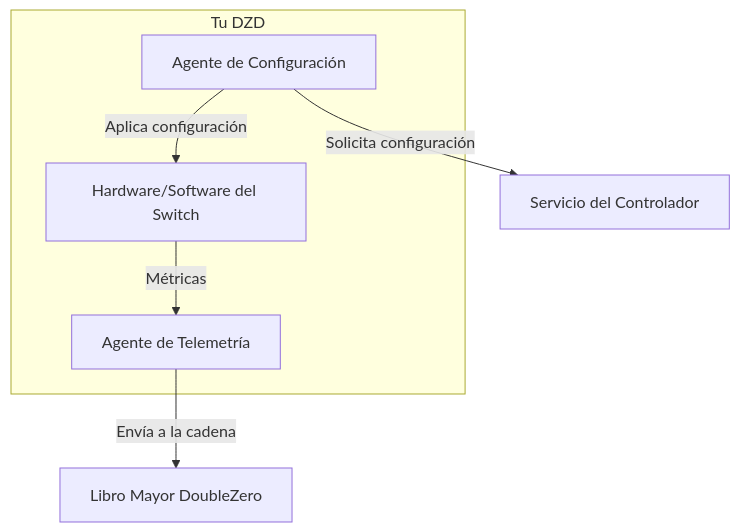
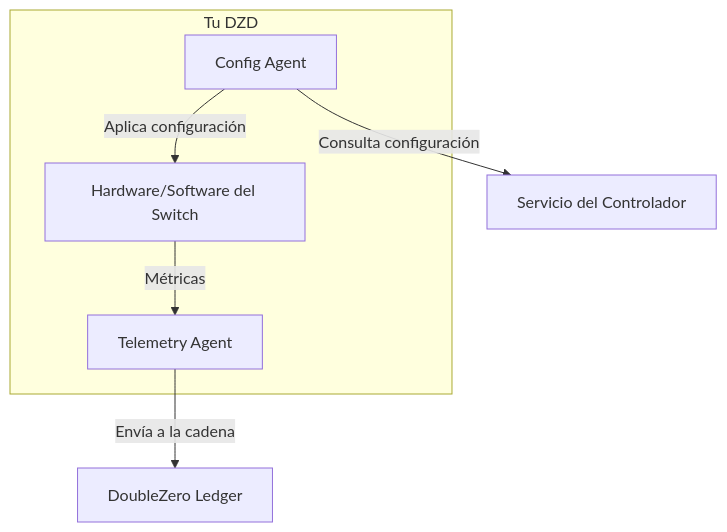
Diagram 12 of 13 in docs/contribute-provisioning.es.md (malbeclabs/docs), drawn with Mermaid before and after one commit. The commit also changed other lines of this file and 130 other files, not shown here.

````diff
--- a/docs/contribute-provisioning.es.md
+++ b/docs/contribute-provisioning.es.md
@@ -766,14 +766,14 @@
 ```mermaid
 flowchart TB
     subgraph "Tu DZD"
-        CA[Agente de Configuración]
-        TA[Agente de Telemetría]
+        CA[Config Agent]
+        TA[Telemetry Agent]
         HW[Hardware/Software del Switch]
     end
 
-    CA -->|Solicita configuración| CTRL[Servicio del Controlador]
+    CA -->|Consulta configuración| CTRL[Servicio del Controlador]
     CA -->|Aplica configuración| HW
 
     HW -->|Métricas| TA
-    TA -->|Envía a la cadena| BC[Libro Mayor DoubleZero]
+    TA -->|Envía a la cadena| BC[DoubleZero Ledger]
 ```
````
